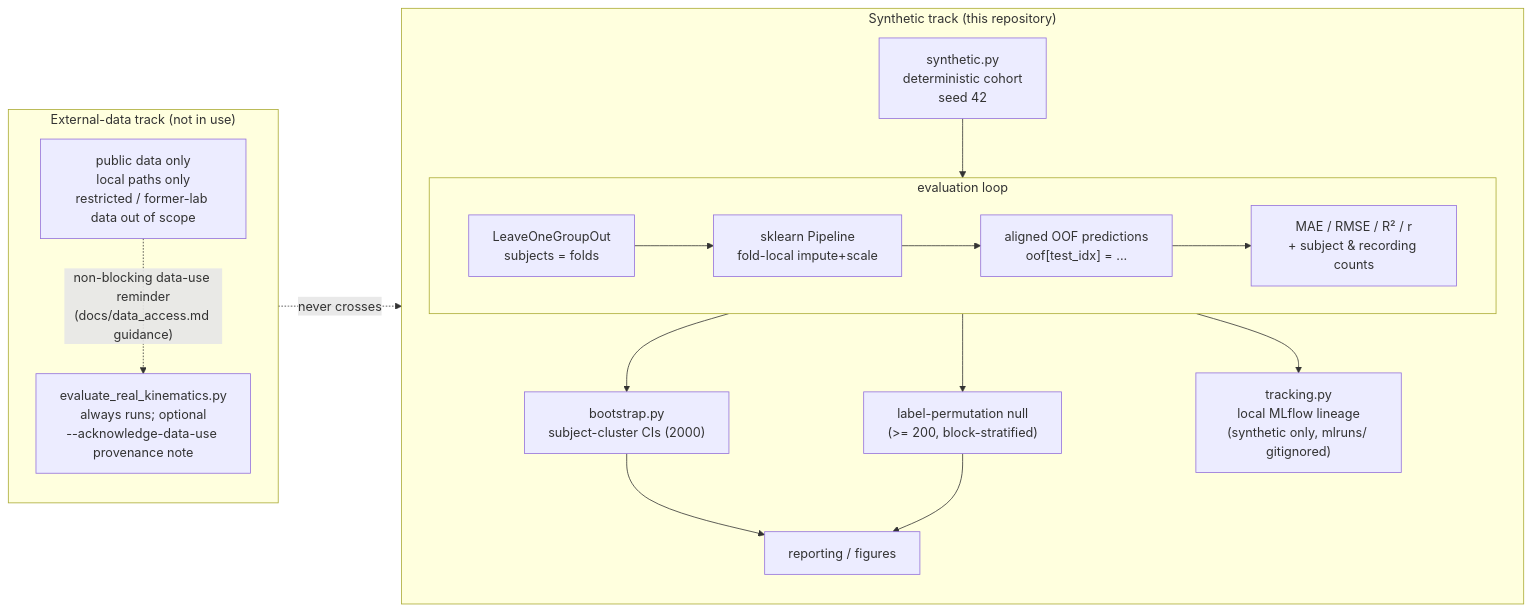
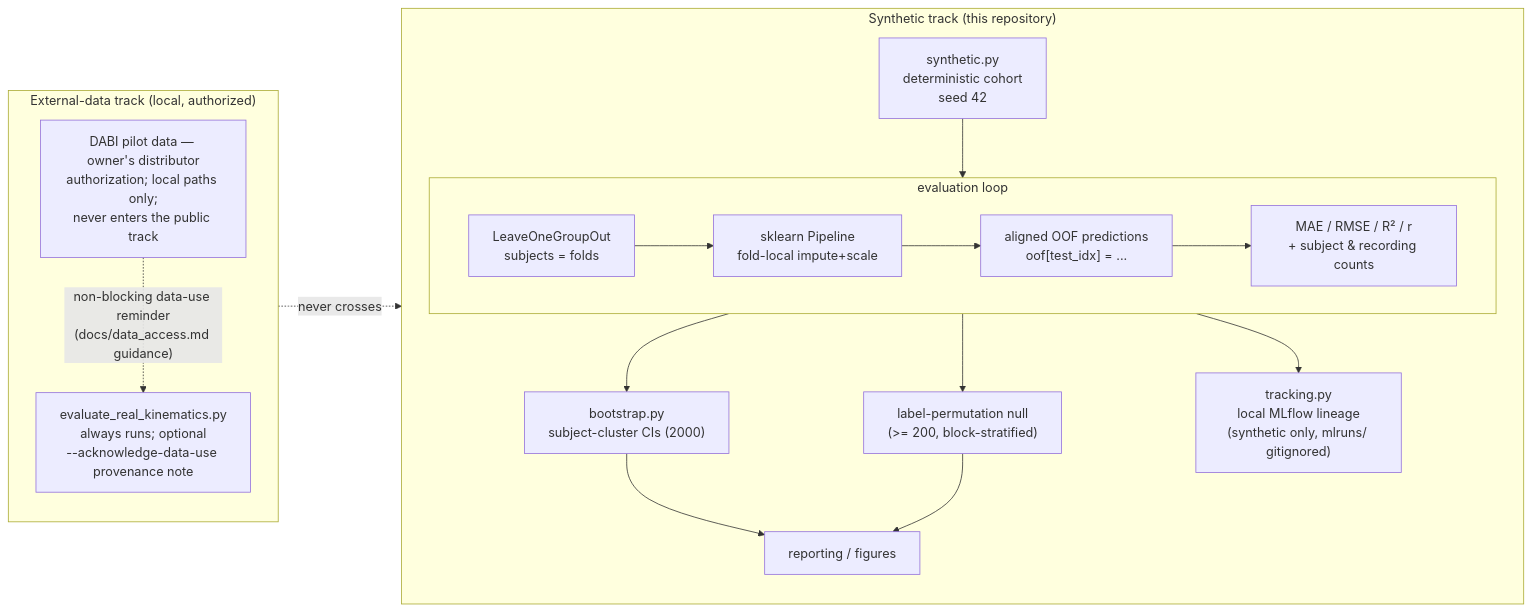
One commit to oleeveeuh/CURVE-ICON-DBSO changed the first of 5 diagrams in docs/architecture.md. Above: the diagram before and after it, drawn with Mermaid. The commit also changed other lines of this file and 10 other files, not shown here.

````diff
--- a/docs/architecture.md
+++ b/docs/architecture.md
@@ -19,20 +19,20 @@
 ```mermaid
 flowchart LR
     subgraph synthetic["Synthetic track (this repository)"]
         GEN["synthetic.py<br/>deterministic cohort<br/>seed 42"] --> EVAL
         subgraph EVAL["evaluation loop"]
             LOSO["LeaveOneGroupOut<br/>subjects = folds"] --> PIPE["sklearn Pipeline<br/>fold-local impute+scale"]
             PIPE --> OOF["aligned OOF predictions<br/>oof[test_idx] = ..."]
             OOF --> MET["MAE / RMSE / R² / r<br/>+ subject & recording counts"]
         end
         EVAL --> BOOT["bootstrap.py<br/>subject-cluster CIs (2000)"]
         EVAL --> PERM["label-permutation null<br/>(>= 200, block-stratified)"]
         EVAL --> TRACK["tracking.py<br/>local MLflow lineage<br/>(synthetic only, mlruns/ gitignored)"]
         BOOT --> REP["reporting / figures"]
         PERM --> REP
     end
-    subgraph real["External-data track (not in use)"]
-        REAL["public data only<br/>local paths only<br/>restricted / former-lab data out of scope"] -.->|"non-blocking data-use reminder<br/>(docs/data_access.md guidance)"| GATE["evaluate_real_kinematics.py<br/>always runs; optional<br/>--acknowledge-data-use provenance note"]
+    subgraph real["External-data track (local, authorized)"]
+        REAL["DABI pilot data — owner's distributor<br/>authorization; local paths only;<br/>never enters the public track"] -.->|"non-blocking data-use reminder<br/>(docs/data_access.md guidance)"| GATE["evaluate_real_kinematics.py<br/>always runs; optional<br/>--acknowledge-data-use provenance note"]
     end
     real -.->|"never crosses"| synthetic
 ```
````
